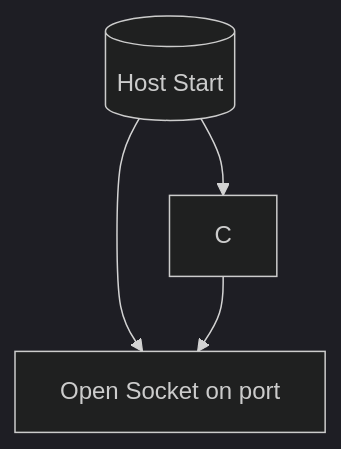
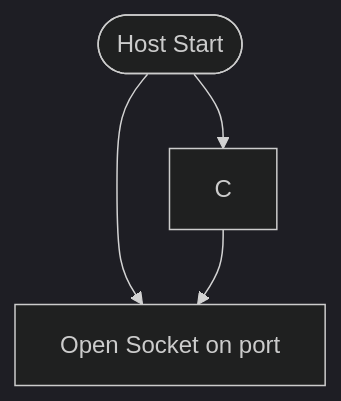
One commit to GMcMichael/ThornNetworking changed the diagram in README.md. Above: the diagram before and after it, drawn with Mermaid (dark theme).

````diff
--- a/README.md
+++ b/README.md
@@ -1,7 +1,7 @@
 ```mermaid
 
 graph TD;
-  A[(Host Start)] --> B[Open Socket on port]
+  A([Host Start]) --> B[Open Socket on port]
   A-->C;
   C-->B;
 ```
````
